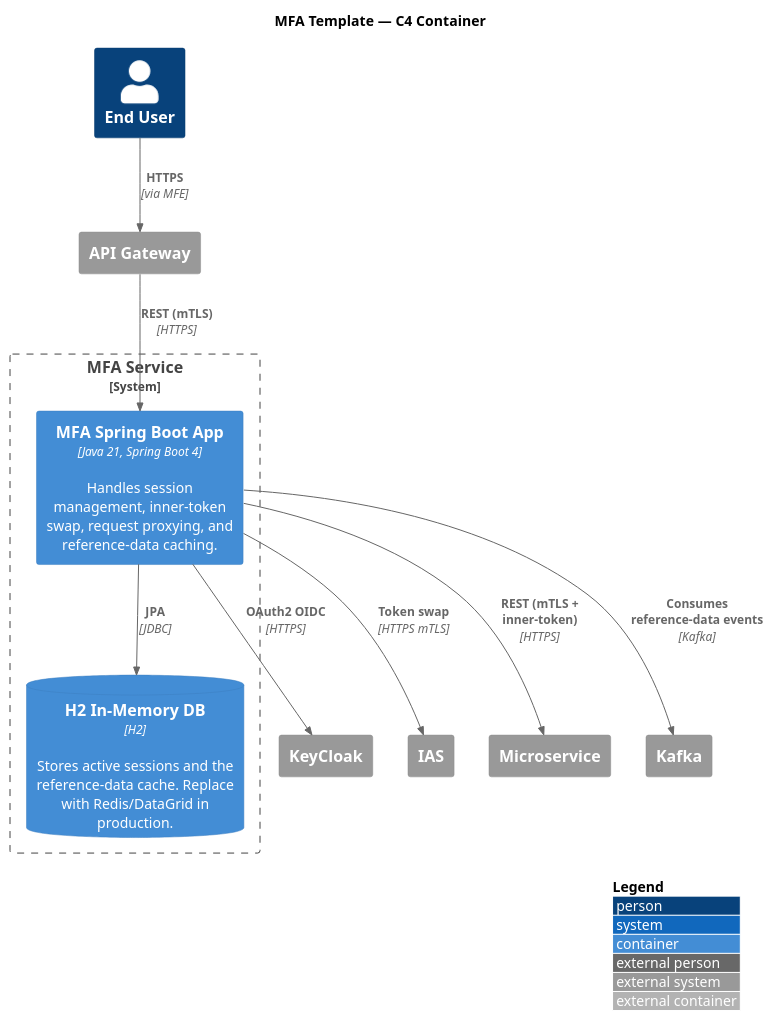
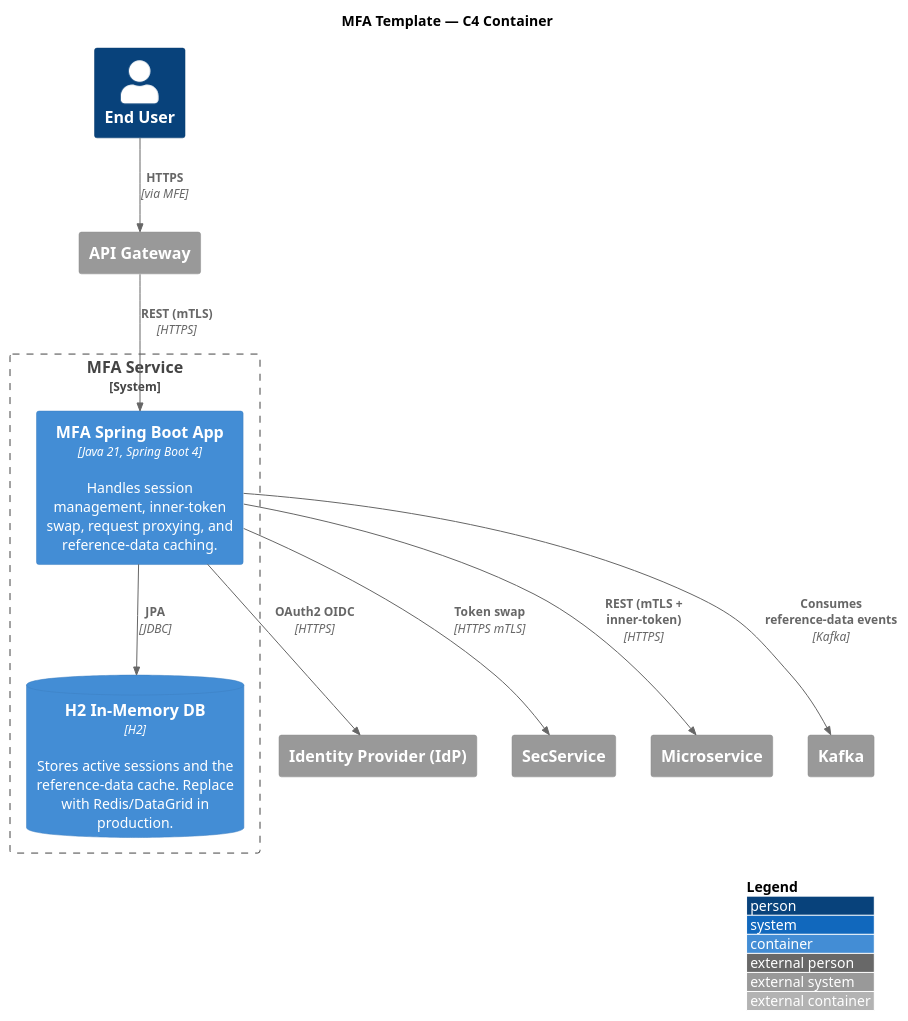
Before and after one commit to Arc-E-Tect/SoftwareEngineeringDoneRight-Examples: the diagram in mfe-adapter/docs/design/diagrams/c4-container.puml, drawn with PlantUML. The commit also changed 312 other files, not shown here.

```diff
--- a/mfe-adapter/docs/design/diagrams/c4-container.puml
+++ b/mfe-adapter/docs/design/diagrams/c4-container.puml
@@ -1,27 +1,27 @@
 @startuml c4-container
 !include https://raw.githubusercontent.com/plantuml-stdlib/C4-PlantUML/master/C4_Container.puml
 
 LAYOUT_WITH_LEGEND()
 
 title MFA Template — C4 Container
 
 Person(user, "End User")
 System_Ext(ag, "API Gateway")
-System_Ext(keycloak, "KeyCloak")
-System_Ext(ias, "IAS")
+System_Ext(idp, "Identity Provider (IdP)")
+System_Ext(secservice, "SecService")
 System_Ext(ms, "Microservice")
 System_Ext(kafka, "Kafka")
 
 System_Boundary(mfaSystem, "MFA Service") {
     Container(mfaApp, "MFA Spring Boot App", "Java 21, Spring Boot 4", "Handles session management, inner-token swap, request proxying, and reference-data caching.")
     ContainerDb(h2, "H2 In-Memory DB", "H2", "Stores active sessions and the reference-data cache. Replace with Redis/DataGrid in production.")
 }
 
 Rel(ag, mfaApp, "REST (mTLS)", "HTTPS")
 Rel(mfaApp, ms, "REST (mTLS + inner-token)", "HTTPS")
-Rel(mfaApp, keycloak, "OAuth2 OIDC", "HTTPS")
-Rel(mfaApp, ias, "Token swap", "HTTPS mTLS")
+Rel(mfaApp, idp, "OAuth2 OIDC", "HTTPS")
+Rel(mfaApp, secservice, "Token swap", "HTTPS mTLS")
 Rel(mfaApp, kafka, "Consumes reference-data events", "Kafka")
 Rel(mfaApp, h2, "JPA", "JDBC")
 Rel(user, ag, "HTTPS", "via MFE")
 @enduml
```
